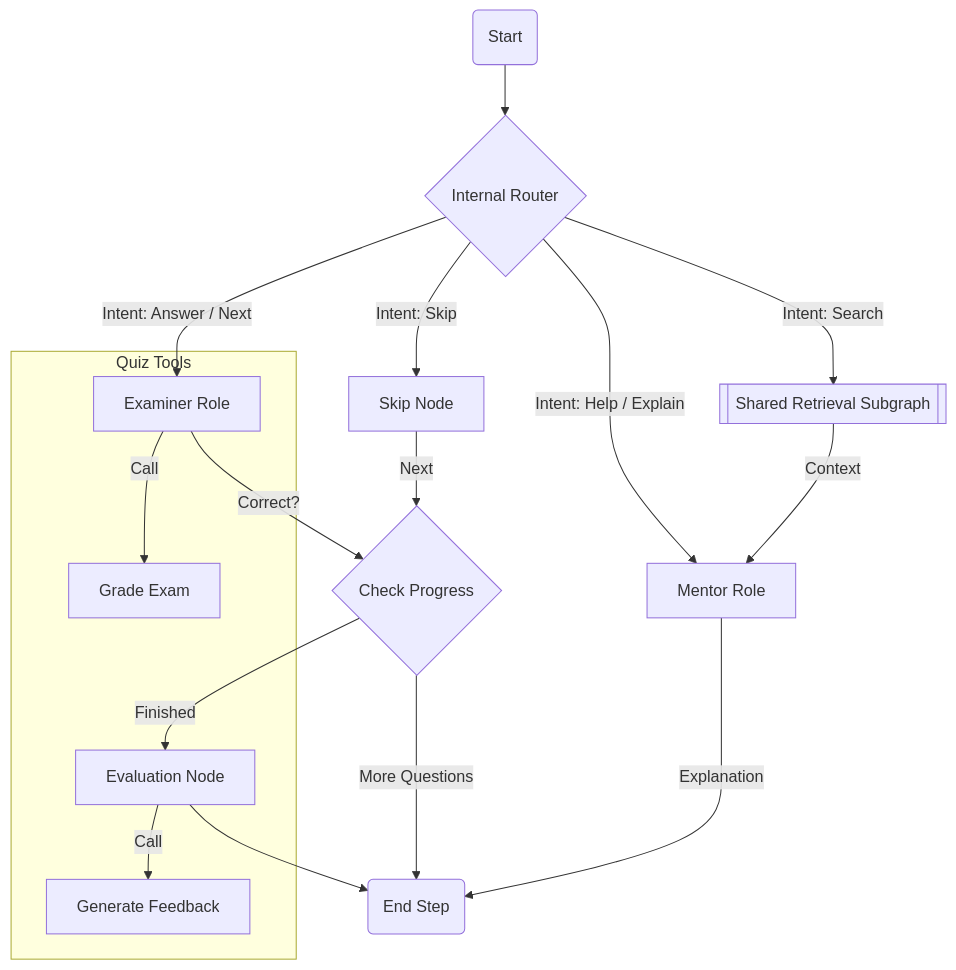
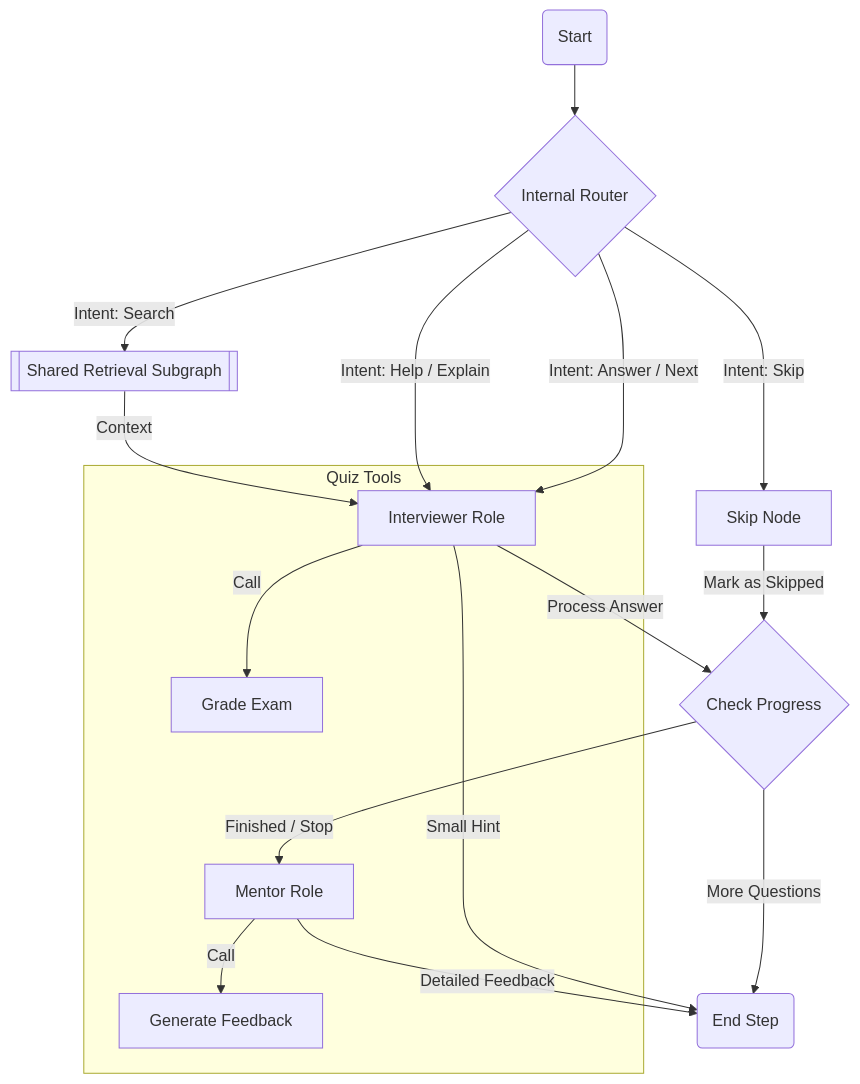
The fourth of 5 diagrams in docs/agent_documentation.md (Lifelong-Learning-Assisttant/agent_service), drawn with Mermaid before and after one commit. The commit also changed other lines of this file, not shown here.

Commit message:
docs: предварительная докумнетация по агнету

````diff
--- a/docs/agent_documentation.md
+++ b/docs/agent_documentation.md
@@ -107,23 +107,25 @@
 ```mermaid
 graph TD
     Q_Start(Start) --> Q_Router{Internal Router}
     
-    Q_Router --"Intent: Answer / Next"--> Q_Examiner[Examiner Role]
-    Q_Router --"Intent: Help / Explain"--> Q_Mentor[Mentor Role]
+    Q_Router --"Intent: Answer / Next"--> Q_Interviewer[Interviewer Role]
+    Q_Router --"Intent: Help / Explain"--> Q_Interviewer
     Q_Router --"Intent: Skip"--> Q_Skip[Skip Node]
     Q_Router --"Intent: Search"--> Q_Search[[Shared Retrieval Subgraph]]
     
-    Q_Examiner --"Correct?"--> Q_Check{Check Progress}
-    Q_Skip --"Next"--> Q_Check
-    Q_Check --"More Questions"--> Q_End(End Step)
-    Q_Check --"Finished"--> Q_Eval[Evaluation Node]
+    Q_Interviewer --"Process Answer"--> Q_Check{Check Progress}
+    Q_Interviewer --"Small Hint"--> Q_End(End Step)
     
-    Q_Mentor --"Explanation"--> Q_End
-    Q_Search --"Context"--> Q_Mentor
-    Q_Eval --> Q_End
+    Q_Skip --"Mark as Skipped"--> Q_Check
+    
+    Q_Check --"More Questions"--> Q_End
+    Q_Check --"Finished / Stop"--> Q_Mentor[Mentor Role]
+    
+    Q_Search --"Context"--> Q_Interviewer
+    Q_Mentor --"Detailed Feedback"--> Q_End
     
     subgraph "Quiz Tools"
-        Q_Examiner --"Call"--> Tool_Grade[Grade Exam]
-        Q_Eval --"Call"--> Tool_Gen[Generate Feedback]
+        Q_Interviewer --"Call"--> Tool_Grade[Grade Exam]
+        Q_Mentor --"Call"--> Tool_Gen[Generate Feedback]
     end
 ```
````
